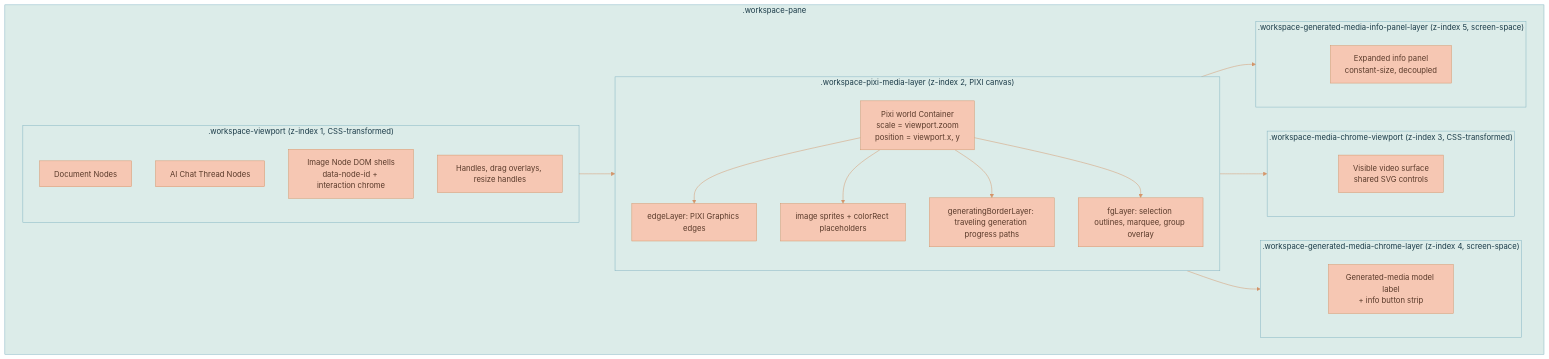
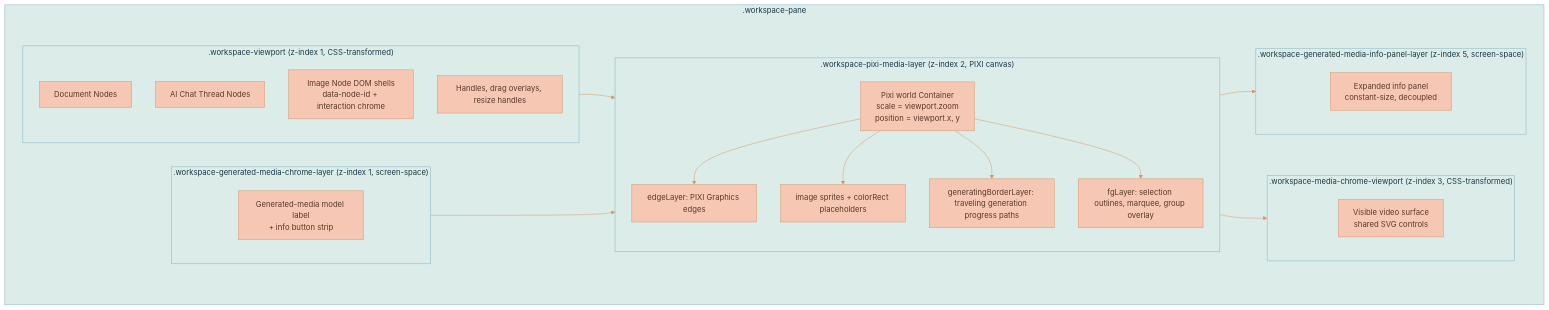
One commit to Lixpi/lixpi changed the first of 3 diagrams in documentation/canvas/RENDERING-ENGINE.md. Above: the diagram before and after it, drawn with Mermaid. The commit also changed other lines of this file and 4 other files, not shown here.

````diff
--- a/documentation/canvas/RENDERING-ENGINE.md
+++ b/documentation/canvas/RENDERING-ENGINE.md
@@ -103,37 +103,37 @@
 ```mermaid
 %%{init: {'theme': 'base', 'themeVariables': { 'primaryColor': '#F6C7B3', 'primaryTextColor': '#5a3a2a', 'primaryBorderColor': '#d4956a', 'secondaryColor': '#C3DEDD', 'secondaryTextColor': '#1a3a47', 'secondaryBorderColor': '#4a8a9d', 'tertiaryColor': '#DCECE9', 'tertiaryTextColor': '#1a3a47', 'tertiaryBorderColor': '#82B2C0', 'lineColor': '#d4956a', 'textColor': '#5a3a2a'}}}%%
 flowchart TB
     subgraph Pane[".workspace-pane"]
         subgraph Viewport[".workspace-viewport (z-index 1, CSS-transformed)"]
             DOC[Document Nodes]
             THR[AI Chat Thread Nodes]
             IMG_DOM[Image Node DOM shells<br/>data-node-id + interaction chrome]
             HANDLE[Handles, drag overlays, resize handles]
         end
         subgraph PixiCanvas[".workspace-pixi-media-layer (z-index 2, PIXI canvas)"]
             WORLD[Pixi world Container<br/>scale = viewport.zoom<br/>position = viewport.x, y]
             EDGE_PIXI[edgeLayer: PIXI Graphics edges]
             IMG_SPR[image sprites + colorRect placeholders]
             GEN_BORDER[generatingBorderLayer: traveling generation progress paths]
             FG[fgLayer: selection outlines, marquee, group overlay]
         end
         subgraph MediaChromeViewport[".workspace-media-chrome-viewport (z-index 3, CSS-transformed)"]
             VIDEO_CHROME[Visible video surface<br/>shared SVG controls]
         end
-        subgraph GeneratedChrome[".workspace-generated-media-chrome-layer (z-index 4, screen-space)"]
+        subgraph GeneratedChrome[".workspace-generated-media-chrome-layer (z-index 1, screen-space)"]
             IMG_CHROME[Generated-media model label<br/>+ info button strip]
         end
         subgraph InfoPanelLayer[".workspace-generated-media-info-panel-layer (z-index 5, screen-space)"]
             INFO_PANEL[Expanded info panel<br/>constant-size, decoupled]
         end
     end
 
     Viewport --> PixiCanvas
     WORLD --> EDGE_PIXI
     WORLD --> IMG_SPR
     WORLD --> GEN_BORDER
     WORLD --> FG
+    GeneratedChrome --> PixiCanvas
     PixiCanvas --> MediaChromeViewport
-    PixiCanvas --> GeneratedChrome
     PixiCanvas --> InfoPanelLayer
 ```
````
